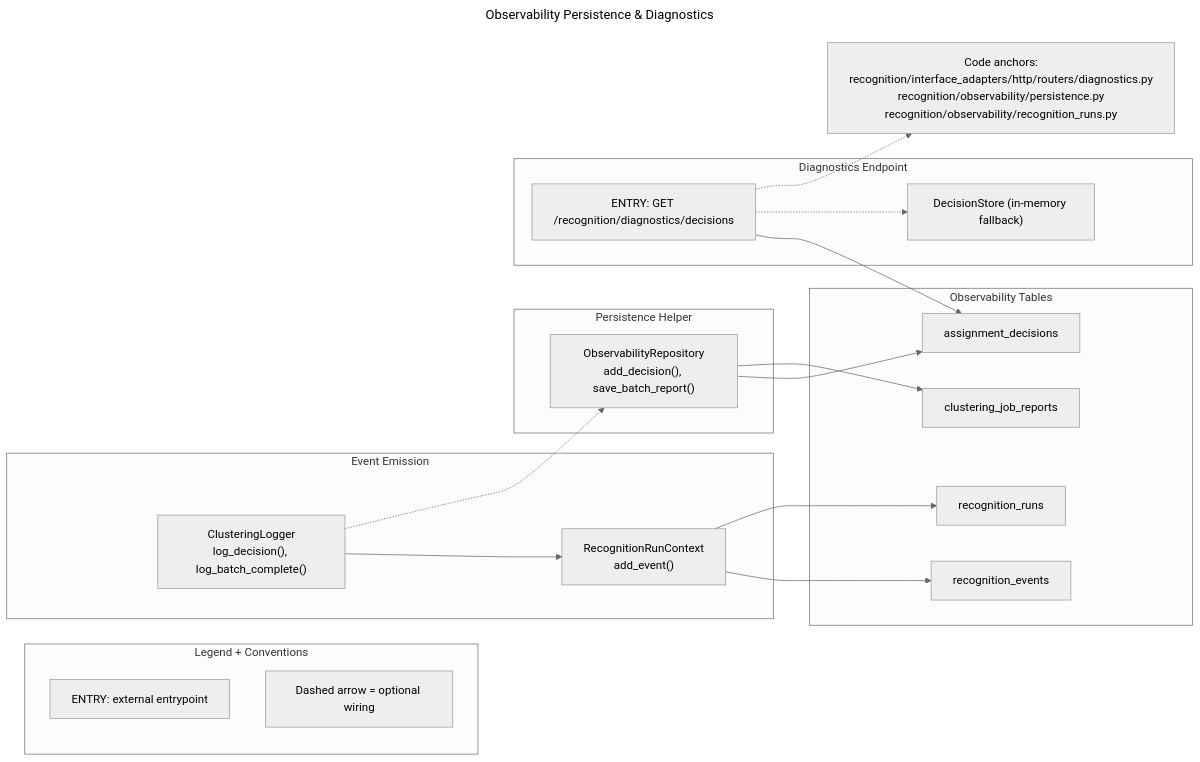
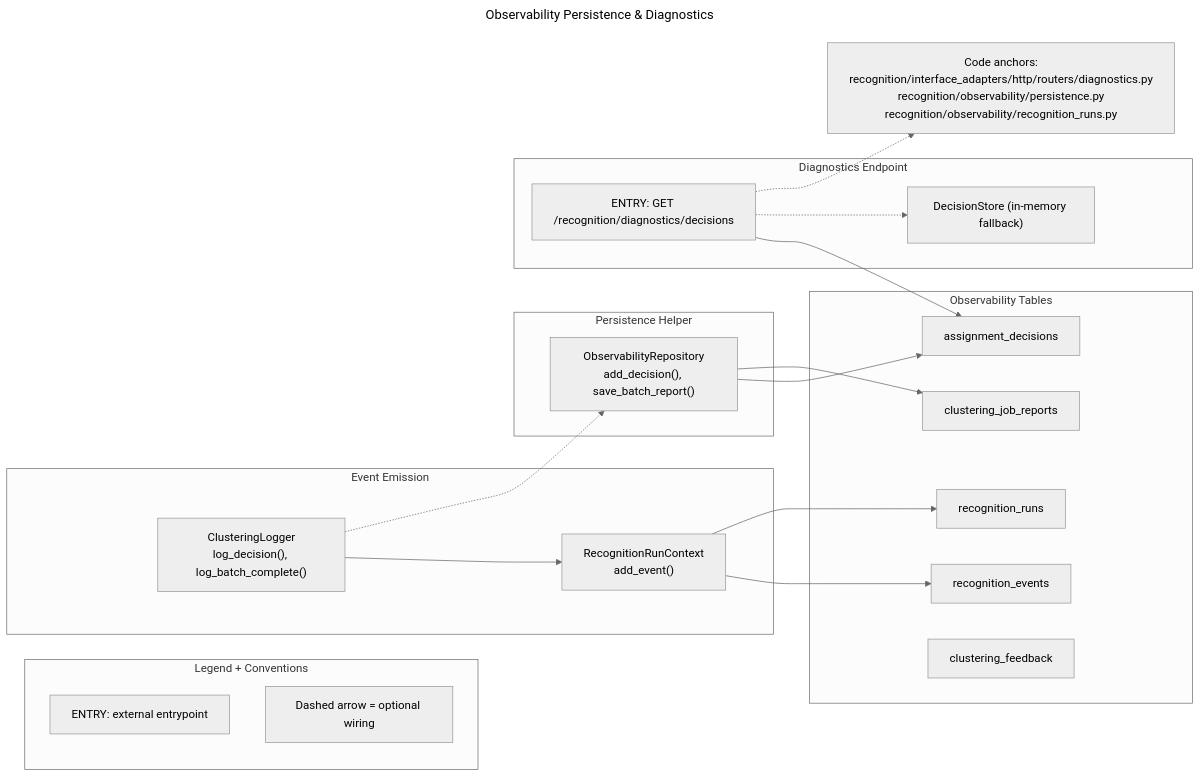
Before and after one commit to darce/context-alt-text-monorepo: the diagram in docs/agentic/diagrams/backend-uml/observability/metrics.mmd, drawn with Mermaid (neutral theme). The commit also changed 33 other files, not shown here.

Commit message:
docs: refresh agentic diagrams and clustering docs

```diff
--- a/docs/agentic/diagrams/backend-uml/observability/metrics.mmd
+++ b/docs/agentic/diagrams/backend-uml/observability/metrics.mmd
@@ -1,43 +1,44 @@
 ---
 title: Observability Persistence & Diagnostics
 ---
 flowchart LR
     subgraph Legend["Legend + Conventions"]
         direction TB
         LegendEntry["ENTRY: external entrypoint"]
         LegendOptional["Dashed arrow = optional wiring"]
     end
 
     subgraph Emission["Event Emission"]
         Logger["ClusteringLogger\nlog_decision(), log_batch_complete()"]
         RunCtx["RecognitionRunContext\nadd_event()"]
     end
 
     subgraph Persistence["Observability Tables"]
         Runs["recognition_runs"]
         Events["recognition_events"]
         Decisions["assignment_decisions"]
         Reports["clustering_job_reports"]
+        Feedback["clustering_feedback"]
     end
 
     subgraph Repo["Persistence Helper"]
         ObsRepo["ObservabilityRepository\nadd_decision(), save_batch_report()"]
     end
 
     subgraph API["Diagnostics Endpoint"]
         Diagnostics["ENTRY: GET /recognition/diagnostics/decisions"]
         Fallback["DecisionStore (in-memory fallback)"]
     end
 
     Logger --> RunCtx
     RunCtx --> Events
     RunCtx --> Runs
     Logger -.-> ObsRepo
     ObsRepo --> Decisions
     ObsRepo --> Reports
 
     Diagnostics --> Decisions
     Diagnostics -.-> Fallback
 
     DiagnosticsCode["Code anchors:\nrecognition/interface_adapters/http/routers/diagnostics.py\nrecognition/observability/persistence.py\nrecognition/observability/recognition_runs.py"]
     Diagnostics -.-> DiagnosticsCode
```
